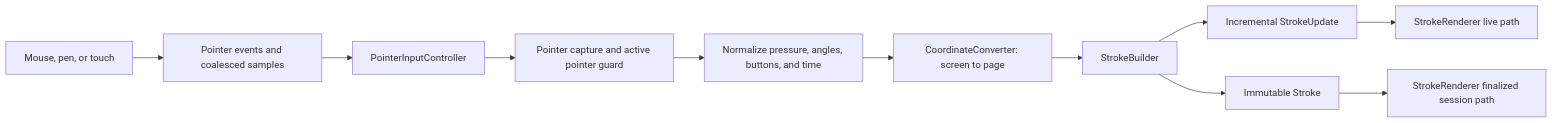
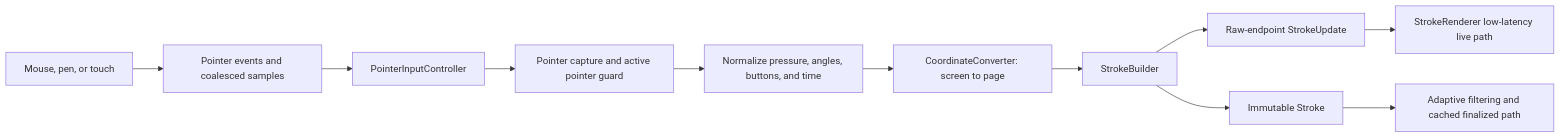
The first of 4 diagrams in packages/ink/README.md (ritikpandey1981/digital-notes), drawn with Mermaid before and after one commit. The commit also changed other lines of this file and 39 other files, not shown here.

````diff
--- a/packages/ink/README.md
+++ b/packages/ink/README.md
@@ -53,13 +55,13 @@
 ```mermaid
 flowchart LR
     Device["Mouse, pen, or touch"] --> Events["Pointer events and coalesced samples"]
     Events --> Controller["PointerInputController"]
     Controller --> Capture["Pointer capture and active pointer guard"]
     Capture --> Normalize["Normalize pressure, angles, buttons, and time"]
     Normalize --> Coordinates["CoordinateConverter: screen to page"]
     Coordinates --> Builder["StrokeBuilder"]
-    Builder --> Update["Incremental StrokeUpdate"]
-    Update --> Renderer["StrokeRenderer live path"]
+    Builder --> Update["Raw-endpoint StrokeUpdate"]
+    Update --> Renderer["StrokeRenderer low-latency live path"]
     Builder --> Final["Immutable Stroke"]
-    Final --> Session["StrokeRenderer finalized session path"]
+    Final --> Session["Adaptive filtering and cached finalized path"]
 ```
````
